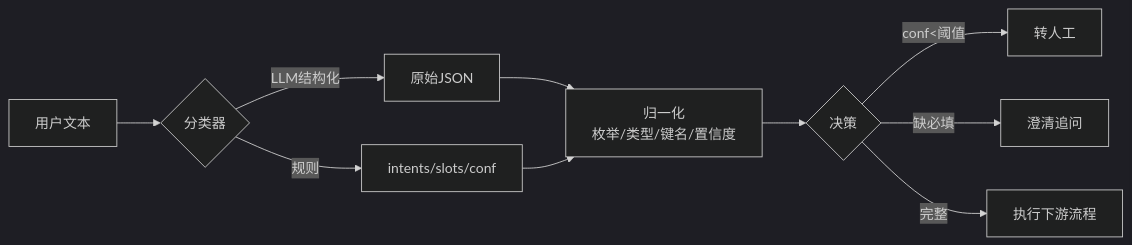
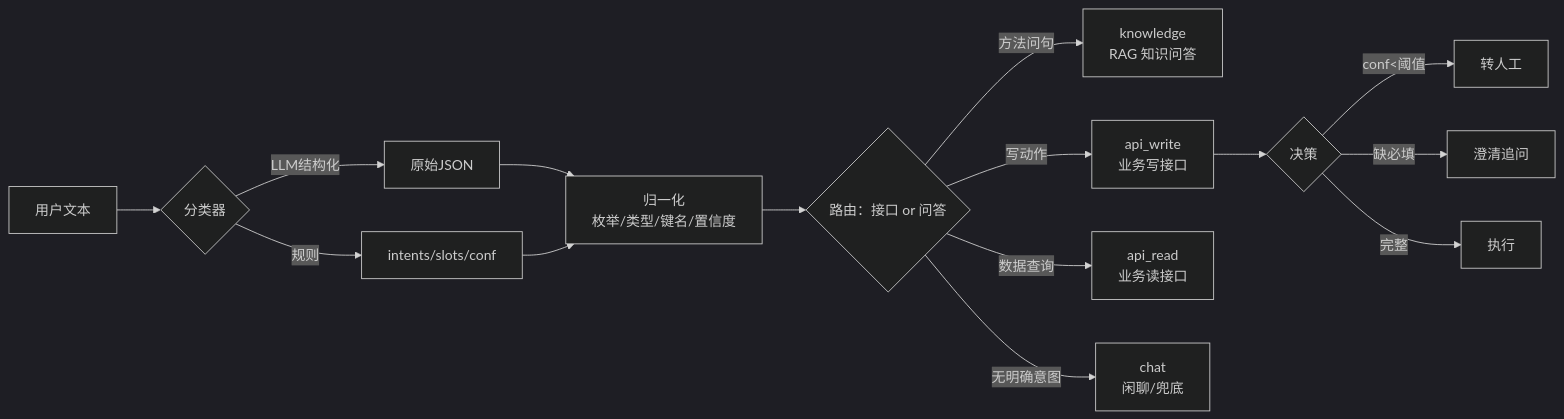
One commit to jsjchai/agent-lab changed the diagram in docs/02-prompt-context/01-intent-recognition.md. Above: the diagram before and after it, drawn with Mermaid (dark theme). The commit also changed other lines of this file and 1 other file, not shown here.

First line of the commit message:
feat(02): 意图识别增加「调接口 vs 问答」路由判定

````diff
--- a/docs/02-prompt-context/01-intent-recognition.md
+++ b/docs/02-prompt-context/01-intent-recognition.md
@@ -62,12 +92,17 @@
 ```mermaid
 flowchart LR
     U["用户文本"] --> C{"分类器"}
     C -->|规则| R["intents/slots/conf"]
     C -->|LLM结构化| L["原始JSON"]
     L --> N["归一化<br/>枚举/类型/键名/置信度"]
     R --> N
-    N --> D{"决策"}
+    N --> RT{"路由：接口 or 问答"}
+    RT -->|"方法问句"| K["knowledge<br/>RAG 知识问答"]
+    RT -->|"写动作"| W["api_write<br/>业务写接口"]
+    RT -->|"数据查询"| RD["api_read<br/>业务读接口"]
+    RT -->|"无明确意图"| CH["chat<br/>闲聊/兜底"]
+    W --> D{"决策"}
     D -->|conf<阈值| H["转人工"]
     D -->|缺必填| Q["澄清追问"]
-    D -->|完整| E["执行下游流程"]
+    D -->|完整| E["执行"]
 ```
````
